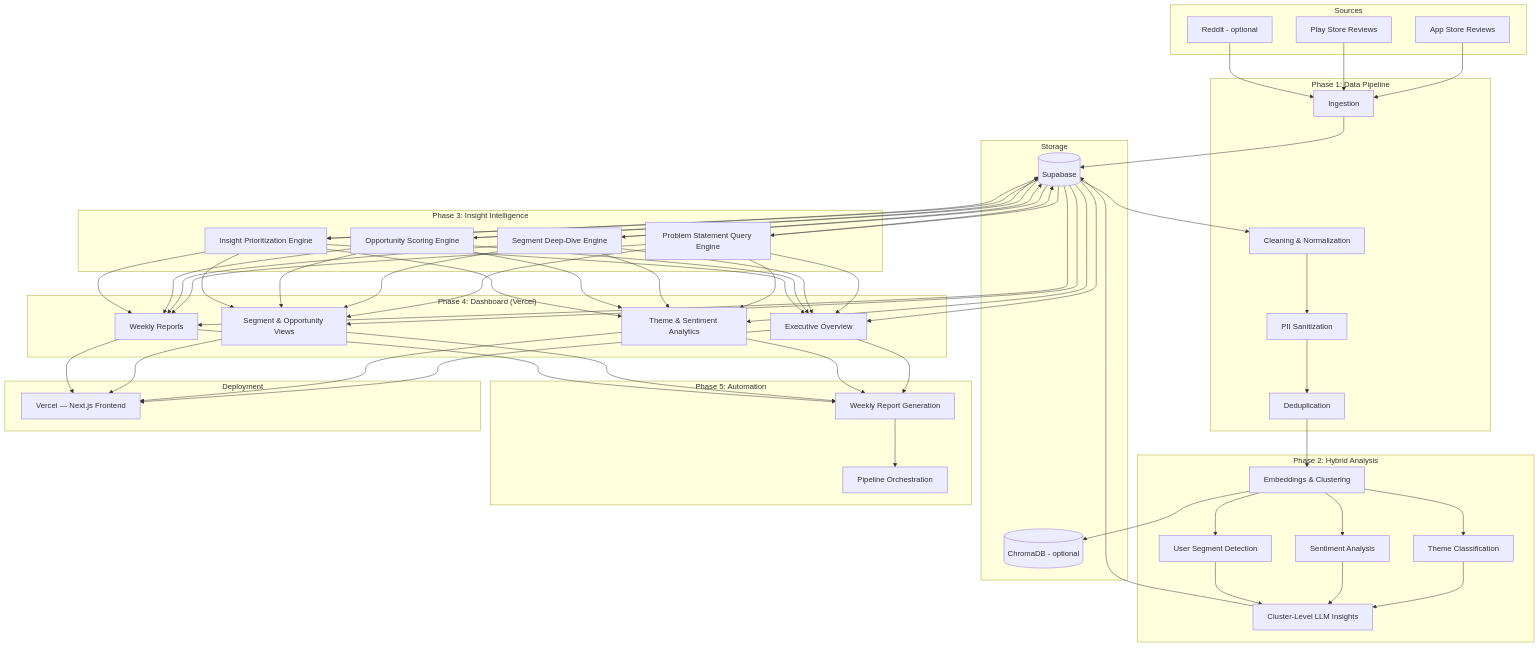
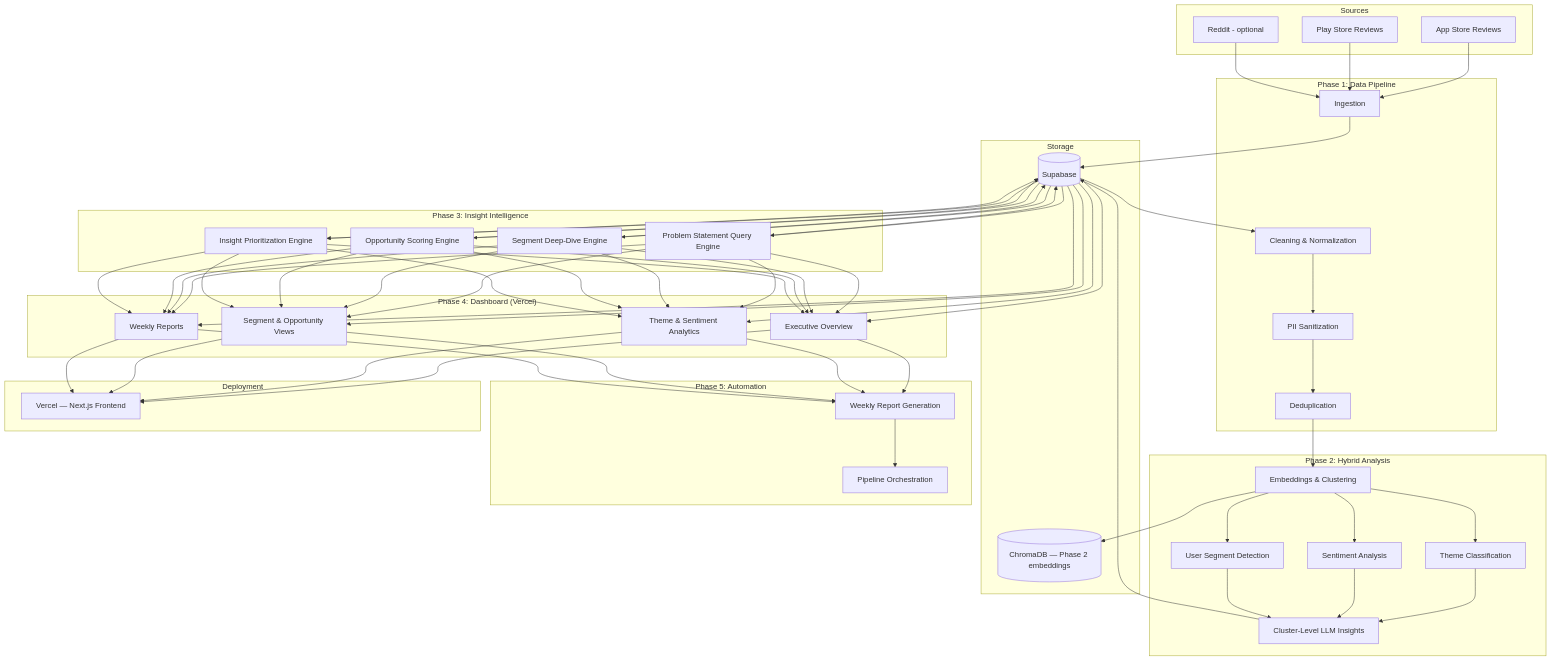
One commit to subramanyacharan/spotify-analyzer- changed the first of 2 diagrams in DOCS/architecture.md. Above: the diagram before and after it, drawn with Mermaid. The commit also changed other lines of this file and 24 other files, not shown here.

````diff
--- a/DOCS/architecture.md
+++ b/DOCS/architecture.md
@@ -35,62 +36,62 @@
 ```mermaid
 graph TD
     subgraph Sources
         A1[App Store Reviews]
         A2[Play Store Reviews]
         A3[Reddit - optional]
     end
 
     subgraph "Phase 1: Data Pipeline"
         B1[Ingestion]
         B2[Cleaning & Normalization]
         B3[PII Sanitization]
         B4[Deduplication]
     end
 
     subgraph Storage
         S1[(Supabase)]
-        S2[(ChromaDB - optional)]
+        S2[(ChromaDB — Phase 2 embeddings)]
     end
 
     subgraph "Phase 2: Hybrid Analysis"
         C1[Embeddings & Clustering]
         C2[Theme Classification]
         C3[Sentiment Analysis]
         C4[User Segment Detection]
         C5[Cluster-Level LLM Insights]
     end
 
     subgraph "Phase 3: Insight Intelligence"
         D1[Problem Statement Query Engine]
         D2[Segment Deep-Dive Engine]
         D3[Opportunity Scoring Engine]
         D4[Insight Prioritization Engine]
     end
 
     subgraph "Phase 4: Dashboard (Vercel)"
         E1[Executive Overview]
         E2[Theme & Sentiment Analytics]
         E3[Segment & Opportunity Views]
         E4[Weekly Reports]
     end
 
     subgraph "Phase 5: Automation"
         F1[Weekly Report Generation]
         F2[Pipeline Orchestration]
     end
 
     subgraph "Deployment"
         V1[Vercel — Next.js Frontend]
     end
 
     A1 & A2 & A3 --> B1 --> S1
     S1 --> B2 --> B3 --> B4 --> C1
     C1 --> S2
     C1 --> C2 & C3 & C4 --> C5 --> S1
     S1 --> D1 & D2 & D3 & D4 --> S1
     S1 --> E1 & E2 & E3 & E4
     D1 & D2 & D3 & D4 --> E1 & E2 & E3 & E4
     E1 & E2 & E3 & E4 --> V1
     E1 & E2 & E3 & E4 --> F1
     F1 --> F2
 ```
````
